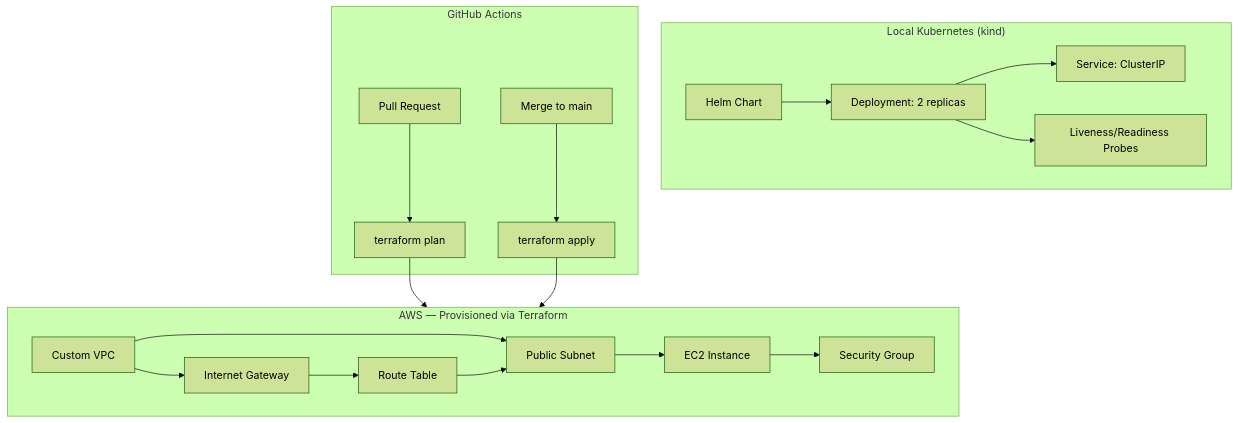
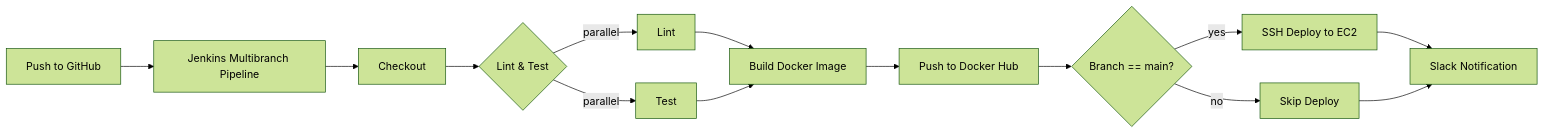
The diagram in README.md (shaznamuees1-dev/jenkins-cicd-demo), drawn with Mermaid (forest theme) before and after one commit. The commit also changed other lines of this file, not shown here.

Commit message:
fix: correct README content for jenkins-cicd-demo project

````diff
--- a/README.md
+++ b/README.md
@@ -20,25 +21,16 @@
 ```mermaid
-flowchart TB
-    subgraph K8s["Local Kubernetes (kind)"]
-        A[Helm Chart] --> B[Deployment: 2 replicas]
-        B --> C[Service: ClusterIP]
-        B --> D[Liveness/Readiness Probes]
-    end
-
-    subgraph AWS["AWS — Provisioned via Terraform"]
-        E[Custom VPC] --> F[Public Subnet]
-        F --> G[EC2 Instance]
-        E --> H[Internet Gateway]
-        H --> I[Route Table]
-        I --> F
-        G --> J[Security Group]
-    end
-
-    subgraph CI["GitHub Actions"]
-        K[Pull Request] --> L[terraform plan]
-        M[Merge to main] --> N[terraform apply]
-    end
-
-    L --> AWS
-    N --> AWS
+flowchart LR
+    A[Push to GitHub] --> B[Jenkins Multibranch Pipeline]
+    B --> C[Checkout]
+    C --> D{Lint & Test}
+    D -->|parallel| E[Lint]
+    D -->|parallel| F[Test]
+    E --> G[Build Docker Image]
+    F --> G
+    G --> H[Push to Docker Hub]
+    H --> I{Branch == main?}
+    I -->|yes| J[SSH Deploy to EC2]
+    I -->|no| K[Skip Deploy]
+    J --> L[Slack Notification]
+    K --> L
 ```
````
